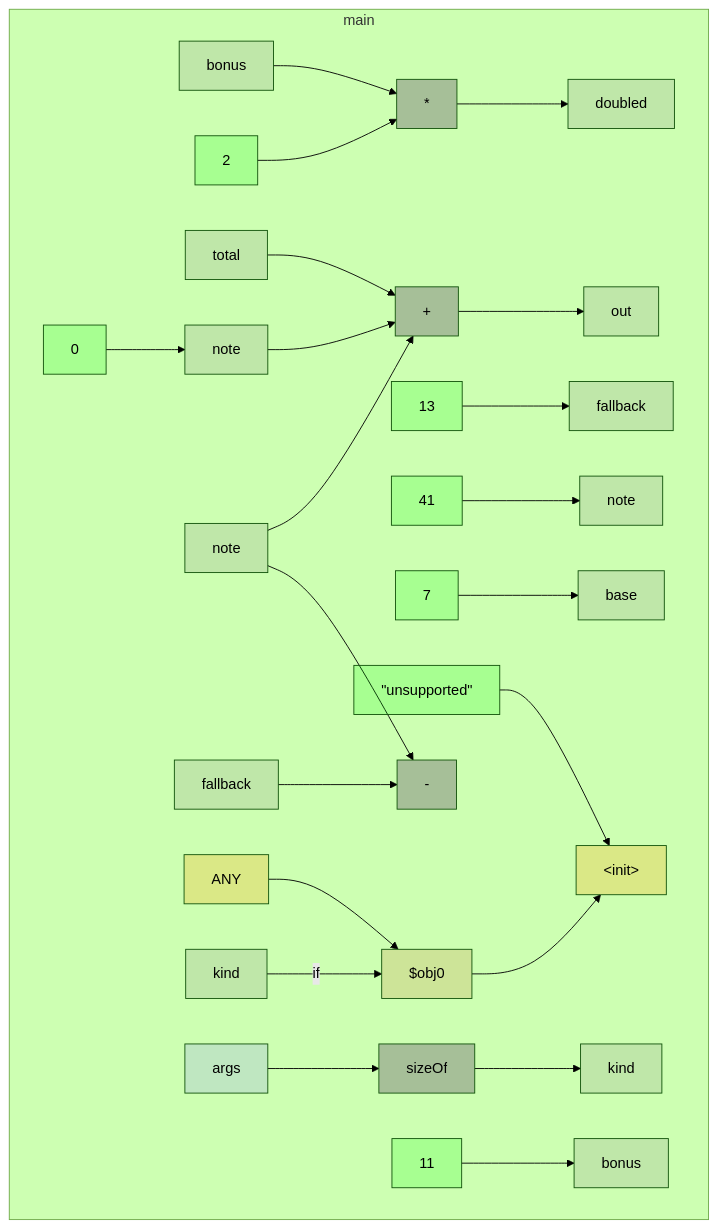
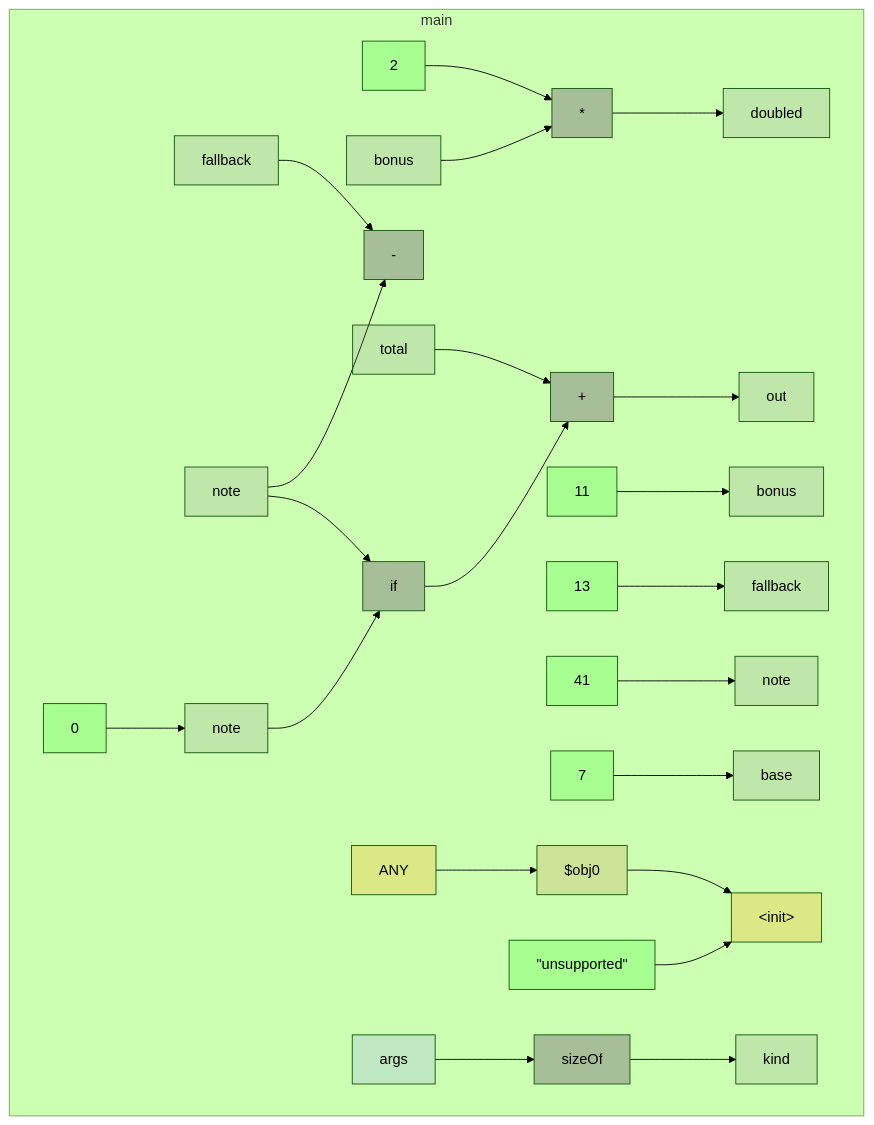
One commit to gstiebler/codeflow changed the diagram in app/src/test/resources/switchExpression/spike-truth.md. Above: the diagram before and after it, drawn with Mermaid (forest theme). The commit also changed 17 other files, not shown here.

````diff
--- a/app/src/test/resources/switchExpression/spike-truth.md
+++ b/app/src/test/resources/switchExpression/spike-truth.md
@@ -3,60 +3,60 @@
 ```mermaid
 flowchart TD
   subgraph m0["main"]
     n0["*"]:::BIN_OP
     n1["+"]:::BIN_OP
     n2["-"]:::BIN_OP
     n3["sizeOf"]:::BIN_OP
     n4["#lt;init#gt;"]:::EXTERNAL
     n5["ANY"]:::EXTERNAL
     n6["args"]:::FUNC_PARAM
-    n7["#quot;unsupported#quot;"]:::LITERAL
-    n8["0"]:::LITERAL
-    n9["11"]:::LITERAL
-    n10["13"]:::LITERAL
-    n11["2"]:::LITERAL
-    n12["41"]:::LITERAL
-    n13["7"]:::LITERAL
-    n14["$obj0"]:::OBJ_VARIABLE
-    n15["base"]:::VARIABLE
-    n16["bonus"]:::VARIABLE
+    n7["if"]:::BIN_OP
+    n8["#quot;unsupported#quot;"]:::LITERAL
+    n9["0"]:::LITERAL
+    n10["11"]:::LITERAL
+    n11["13"]:::LITERAL
+    n12["2"]:::LITERAL
+    n13["41"]:::LITERAL
+    n14["7"]:::LITERAL
+    n15["$obj0"]:::OBJ_VARIABLE
+    n16["base"]:::VARIABLE
     n17["bonus"]:::VARIABLE
-    n18["doubled"]:::VARIABLE
-    n19["fallback"]:::VARIABLE
+    n18["bonus"]:::VARIABLE
+    n19["doubled"]:::VARIABLE
     n20["fallback"]:::VARIABLE
-    n21["kind"]:::VARIABLE
+    n21["fallback"]:::VARIABLE
     n22["kind"]:::VARIABLE
     n23["note"]:::VARIABLE
     n24["note"]:::VARIABLE
     n25["note"]:::VARIABLE
     n26["out"]:::VARIABLE
     n27["total"]:::VARIABLE
   end
-  n0 --> n18
+  n0 --> n19
   n1 --> n26
-  n10 --> n20
-  n11 --> n0
-  n12 --> n25
-  n13 --> n15
-  n14 --> n4
-  n16 --> n0
-  n19 --> n2
-  n21 -->|if| n14
-  n23 --> n1
+  n10 --> n18
+  n11 --> n21
+  n12 --> n0
+  n13 --> n25
+  n14 --> n16
+  n15 --> n4
+  n17 --> n0
+  n20 --> n2
   n23 --> n2
-  n24 --> n1
+  n23 --> n7
+  n24 --> n7
   n27 --> n1
   n3 --> n22
-  n5 --> n14
+  n5 --> n15
   n6 --> n3
-  n7 --> n4
-  n8 --> n24
-  n9 --> n17
+  n7 --> n1
+  n8 --> n4
+  n9 --> n24
   classDef LITERAL fill:#00FF0030
   classDef VARIABLE fill:#80808030
   classDef BIN_OP fill:#80808080
   classDef FUNC_PARAM fill:#8080FF30
   classDef RETURN fill:#FF808080
   classDef EXTERNAL fill:#FFA50040
   classDef UNMODELLED fill:#FF000030,stroke-dasharray: 4 2
 ```
````
